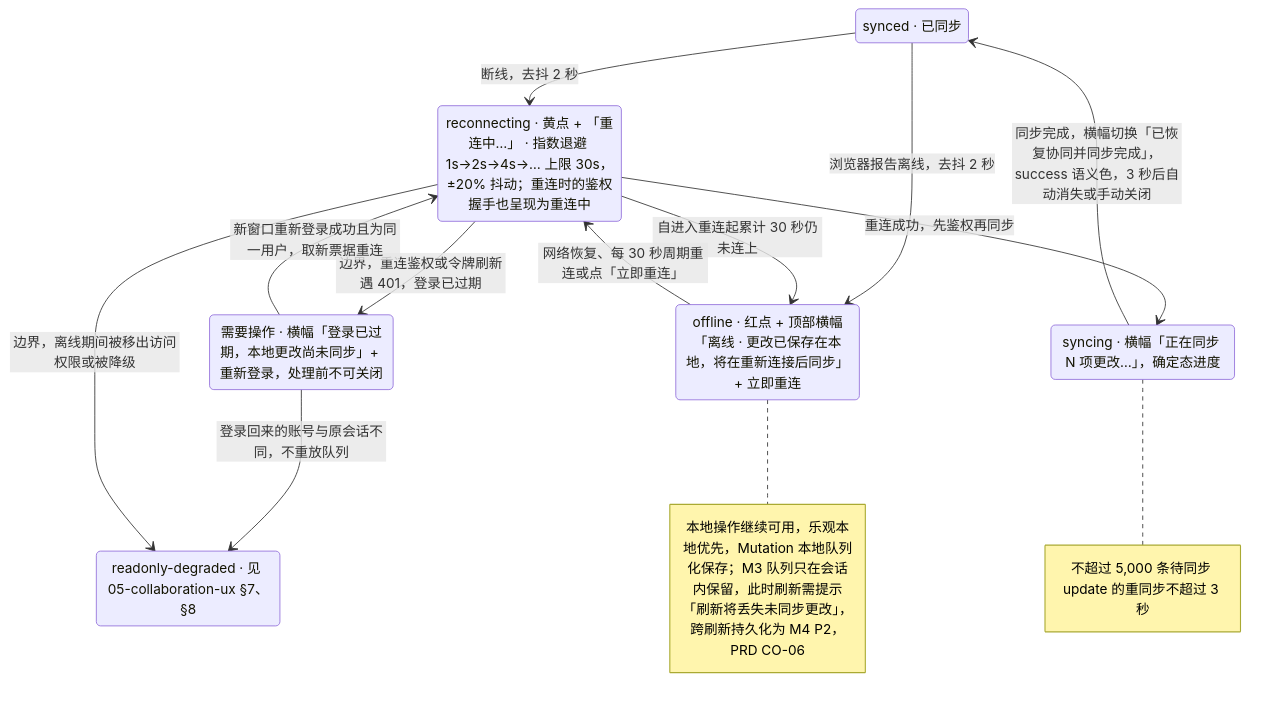
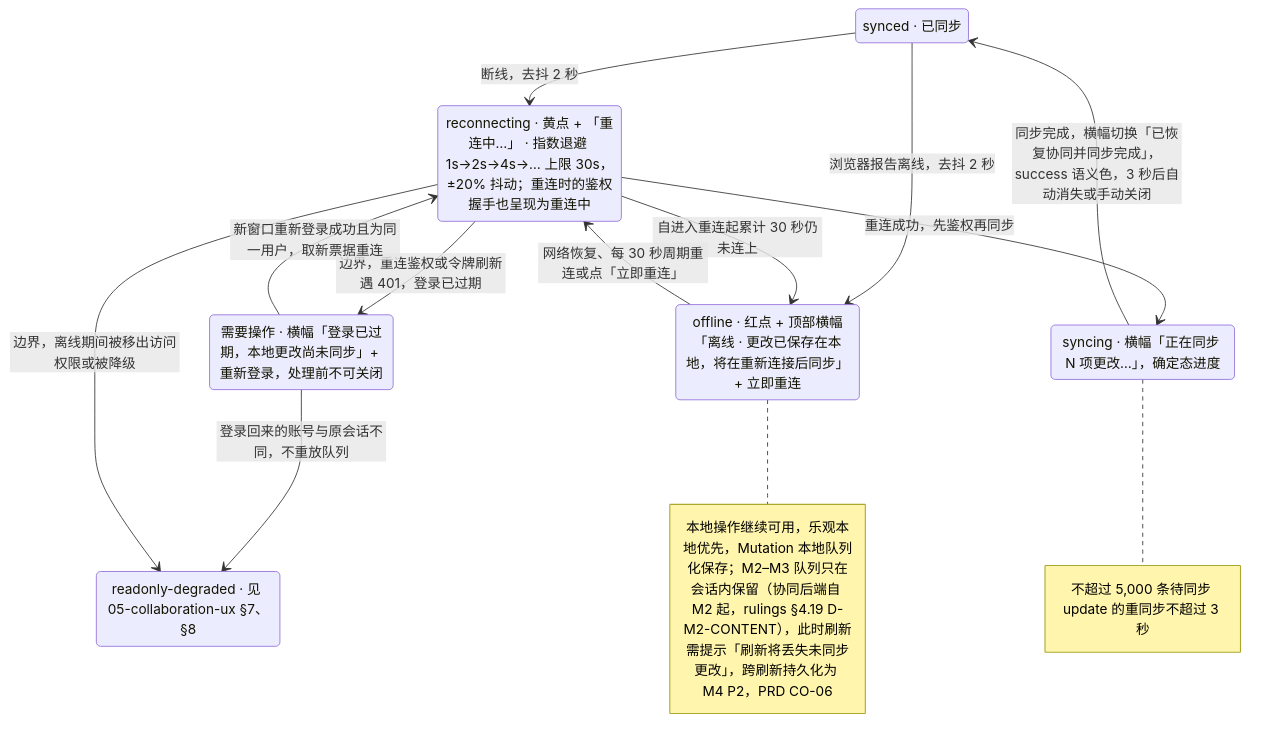
Before and after one commit to Xeonice/cordis-ppt-editor: the sixth of 12 diagrams in docs/20-design/02-user-flows.md, drawn with Mermaid. The commit also changed other lines of this file and 79 other files, not shown here.

````diff
--- a/docs/20-design/02-user-flows.md
+++ b/docs/20-design/02-user-flows.md
@@ -211,21 +211,21 @@
 ```mermaid
 stateDiagram-v2
   state "synced · 已同步" as synced
   state "reconnecting · 黄点 + 「重连中…」 · 指数退避 1s→2s→4s→… 上限 30s，±20% 抖动；重连时的鉴权握手也呈现为重连中" as reconnecting
   state "offline · 红点 + 顶部横幅「离线 · 更改已保存在本地，将在重新连接后同步」+ 立即重连" as offline
   state "syncing · 横幅「正在同步 N 项更改…」，确定态进度" as syncing
   state "需要操作 · 横幅「登录已过期，本地更改尚未同步」+ 重新登录，处理前不可关闭" as expired
   state "readonly-degraded · 见 05-collaboration-ux §7、§8" as degraded
   synced --> reconnecting : 断线，去抖 2 秒
   synced --> offline : 浏览器报告离线，去抖 2 秒
   reconnecting --> offline : 自进入重连起累计 30 秒仍未连上
   offline --> reconnecting : 网络恢复、每 30 秒周期重连或点「立即重连」
   reconnecting --> syncing : 重连成功，先鉴权再同步
   syncing --> synced : 同步完成，横幅切换「已恢复协同并同步完成」，success 语义色，3 秒后自动消失或手动关闭
   reconnecting --> expired : 边界，重连鉴权或令牌刷新遇 401，登录已过期
   expired --> reconnecting : 新窗口重新登录成功且为同一用户，取新票据重连
   expired --> degraded : 登录回来的账号与原会话不同，不重放队列
   reconnecting --> degraded : 边界，离线期间被移出访问权限或被降级
-  note right of offline : 本地操作继续可用，乐观本地优先，Mutation 本地队列化保存；M3 队列只在会话内保留，此时刷新需提示「刷新将丢失未同步更改」，跨刷新持久化为 M4 P2，PRD CO-06
+  note right of offline : 本地操作继续可用，乐观本地优先，Mutation 本地队列化保存；M2–M3 队列只在会话内保留（协同后端自 M2 起，rulings §4.19 D-M2-CONTENT），此时刷新需提示「刷新将丢失未同步更改」，跨刷新持久化为 M4 P2，PRD CO-06
   note right of syncing : 不超过 5,000 条待同步 update 的重同步不超过 3 秒
 ```
````
